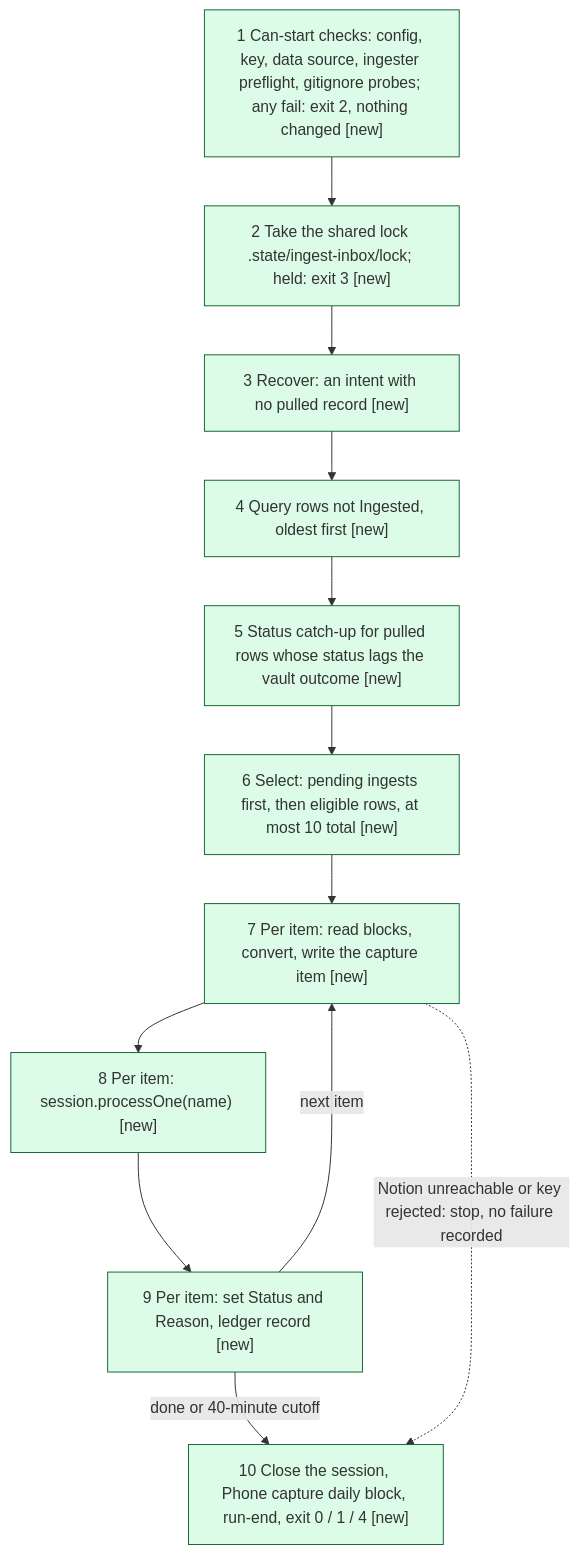
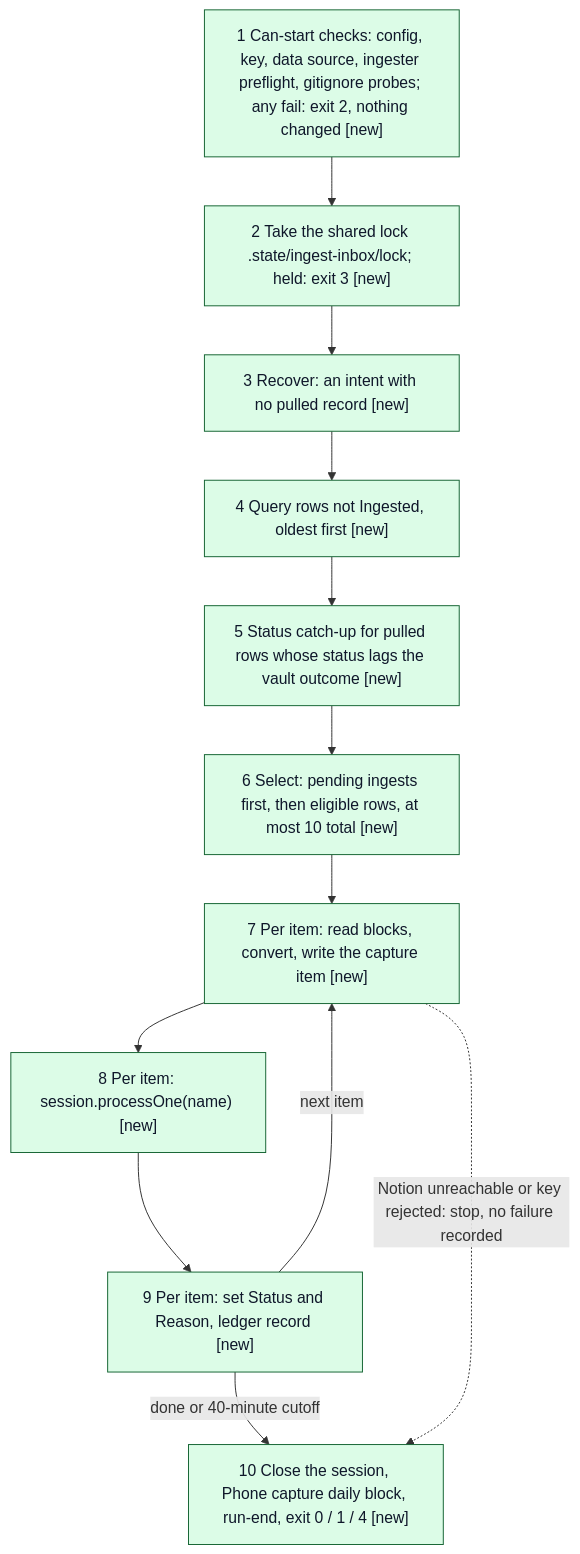
Before and after one commit to dkoenawan/mycelia: the third of 4 diagrams in docs/sessions/2026-10-10-notion-inbox-capture/design/index.md, drawn with Mermaid. The commit also changed other lines of this file, not shown here.

Commit message:
docs(design): give diagram node classes dark text so they read in dark themes — #21

````diff
--- a/docs/sessions/2026-10-10-notion-inbox-capture/design/index.md
+++ b/docs/sessions/2026-10-10-notion-inbox-capture/design/index.md
@@ -158,21 +158,21 @@
 ```mermaid
 flowchart TD
-  classDef new fill:#DCFCE7,stroke:#166534
-  classDef changed fill:#FEF3C7,stroke:#92400E
-  classDef deprecated fill:#FEE2E2,stroke:#991B1B,stroke-dasharray:4 3
-  classDef unchanged fill:#F1F5F9,stroke:#475569
+  classDef new fill:#DCFCE7,stroke:#166534,color:#0F172A
+  classDef changed fill:#FEF3C7,stroke:#92400E,color:#0F172A
+  classDef deprecated fill:#FEE2E2,stroke:#991B1B,color:#0F172A,stroke-dasharray:4 3
+  classDef unchanged fill:#F1F5F9,stroke:#475569,color:#0F172A
   P1["1 Can-start checks: config, key, data source, ingester preflight, gitignore probes; any fail: exit 2, nothing changed [new]"]:::new
   P2["2 Take the shared lock .state/ingest-inbox/lock; held: exit 3 [new]"]:::new
   P3["3 Recover: an intent with no pulled record [new]"]:::new
   P4["4 Query rows not Ingested, oldest first [new]"]:::new
   P5["5 Status catch-up for pulled rows whose status lags the vault outcome [new]"]:::new
   P6["6 Select: pending ingests first, then eligible rows, at most 10 total [new]"]:::new
   P7["7 Per item: read blocks, convert, write the capture item [new]"]:::new
   P8["8 Per item: session.processOne(name) [new]"]:::new
   P9["9 Per item: set Status and Reason, ledger record [new]"]:::new
   P10["10 Close the session, Phone capture daily block, run-end, exit 0 / 1 / 4 [new]"]:::new
   P1 --> P2 --> P3 --> P4 --> P5 --> P6 --> P7 --> P8 --> P9
   P9 -->|"next item"| P7
   P9 -->|"done or 40-minute cutoff"| P10
   P7 -.->|"Notion unreachable or key rejected: stop, no failure recorded"| P10
 ```
````
